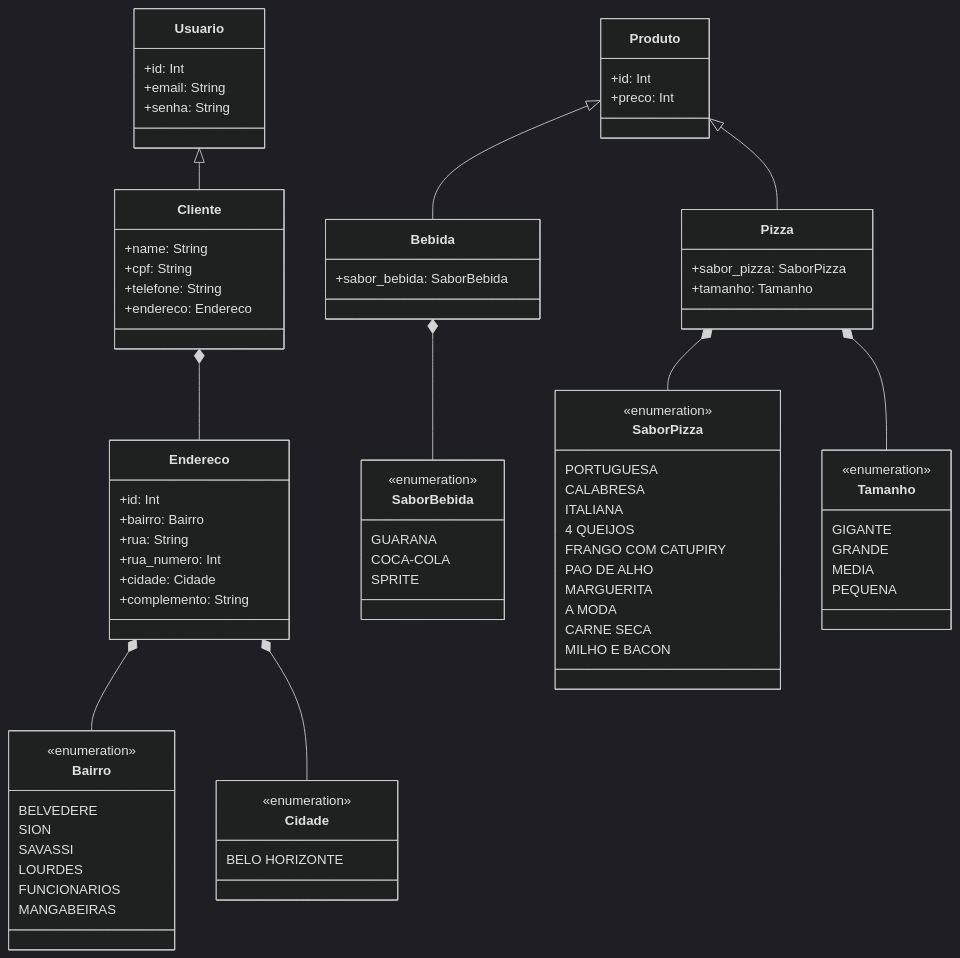
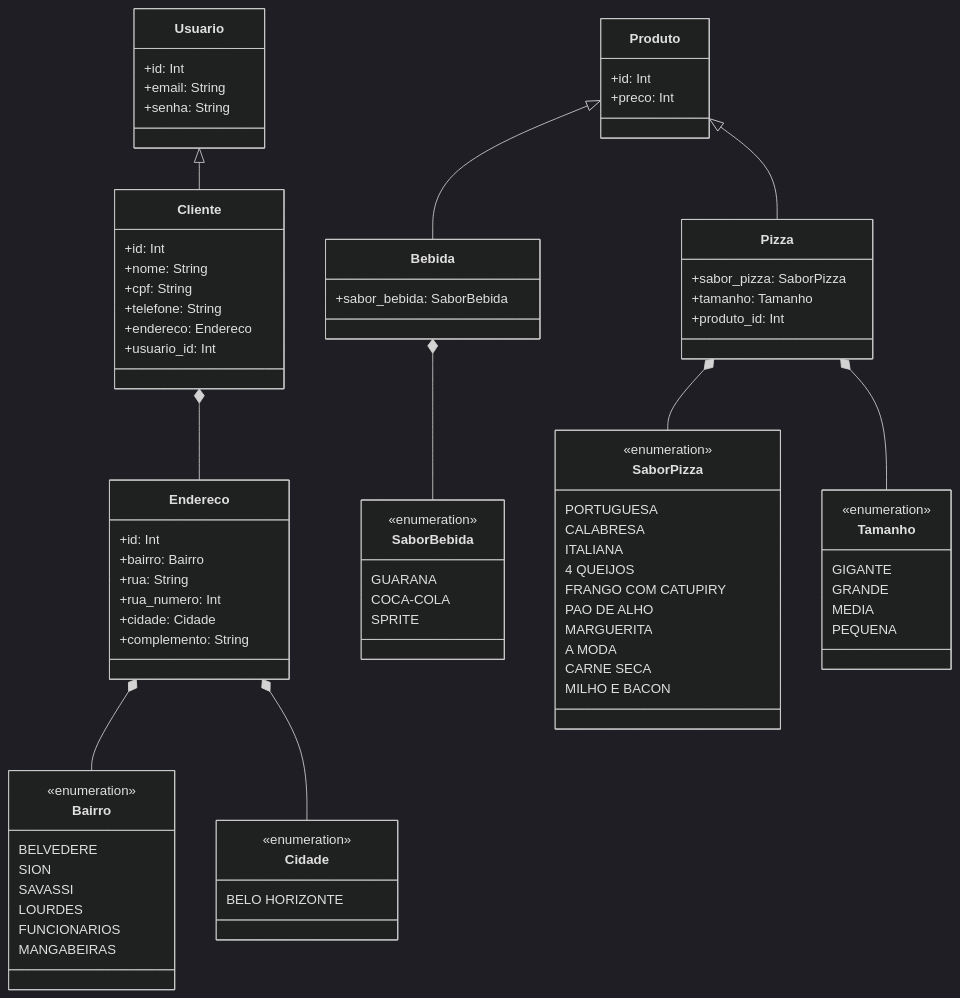
Before and after one commit to Henrique-coelho/engsoftware-pizzaria-backend: the second of 2 diagrams in README.md, drawn with Mermaid (dark theme). The commit also changed other lines of this file and 1 other file, not shown here.

Commit message:
Added Usuario entity

````diff
--- a/README.md
+++ b/README.md
@@ -66,85 +71,88 @@
 ```mermaid
 classDiagram
-    class Usuario {
+    class Usuario {
+        +id: Int
+        +email: String
+        +senha: String
+    }
+    class Cliente {
         +id: Int
-        +email: String
-        +senha: String
-    }
-    class Cliente {
-        +name: String
-        +cpf: String 
-        +telefone: String
-        +endereco: Endereco
-    }
-    class Endereco {
-        +id: Int
-        +bairro: Bairro
-        +rua: String
-        +rua_numero: Int
-        +cidade: Cidade
-        +complemento: String
-    }
-    class Cidade {
-        <<enumeration>>
-        BELO HORIZONTE
-    }
-    class Bairro {
-        <<enumeration>>
-        BELVEDERE
-        SION
-        SAVASSI
-        LOURDES
-        FUNCIONARIOS
-        MANGABEIRAS
-    }
-    Endereco *-- Bairro
-    Endereco *-- Cidade
-    Cliente *-- Endereco
-    Usuario <|-- Cliente
+        +nome: String
+        +cpf: String 
+        +telefone: String
+        +endereco: Endereco
+        +usuario_id: Int
+    }
+    class Endereco {
+        +id: Int
+        +bairro: Bairro
+        +rua: String
+        +rua_numero: Int
+        +cidade: Cidade
+        +complemento: String
+    }
+    class Cidade {
+        <<enumeration>>
+        BELO HORIZONTE
+    }
+    class Bairro {
+        <<enumeration>>
+        BELVEDERE
+        SION
+        SAVASSI
+        LOURDES
+        FUNCIONARIOS
+        MANGABEIRAS
+    }
+    Endereco *-- Bairro
+    Endereco *-- Cidade
+    Cliente *-- Endereco
+    Usuario <|-- Cliente
 
-    class Produto {
-        +id: Int
-        +preco: Int
-    }
-    class Bebida {
-        +sabor_bebida: SaborBebida
-    }
-    class SaborBebida {
-        <<enumeration>>
-        GUARANA
-        COCA-COLA
-        SPRITE
-    }
-    class Pizza {
-        +sabor_pizza: SaborPizza
-        +tamanho: Tamanho 
-    }
-    class SaborPizza {
-        <<enumeration>>
-        PORTUGUESA
-        CALABRESA
-        ITALIANA
-        4 QUEIJOS
-        FRANGO COM CATUPIRY
-        PAO DE ALHO
-        MARGUERITA
-        A MODA
-        CARNE SECA
-        MILHO E BACON
-    }
-    class Tamanho {
-        <<enumeration>>
-        GIGANTE
-        GRANDE
-        MEDIA
-        PEQUENA
-    }
-    Produto <|-- Bebida
-    Bebida *-- SaborBebida
-    Produto <|-- Pizza
-    Pizza *-- SaborPizza
-    Pizza *-- Tamanho
+    class Produto {
+        +id: Int
+        +preco: Int
+    }
+    class Bebida {
+        +sabor_bebida: SaborBebida
+    }
+    class SaborBebida {
+        <<enumeration>>
+        GUARANA
+        COCA-COLA
+        SPRITE
+    }
+    class Pizza {
+        +sabor_pizza: SaborPizza
+        +tamanho: Tamanho 
+        +produto_id: Int
+    }
+    class SaborPizza {
+        <<enumeration>>
+        PORTUGUESA
+        CALABRESA
+        ITALIANA
+        4 QUEIJOS
+        FRANGO COM CATUPIRY
+        PAO DE ALHO
+        MARGUERITA
+        A MODA
+        CARNE SECA
+        MILHO E BACON
+    }
+    class Tamanho {
+        <<enumeration>>
+        GIGANTE
+        GRANDE
+        MEDIA
+        PEQUENA
+    }
+    Produto <|-- Bebida
+    Bebida *-- SaborBebida
+    Produto <|-- Pizza
+    Pizza *-- SaborPizza
+    Pizza *-- Tamanho
 
-    
+    
 
 ```
````
